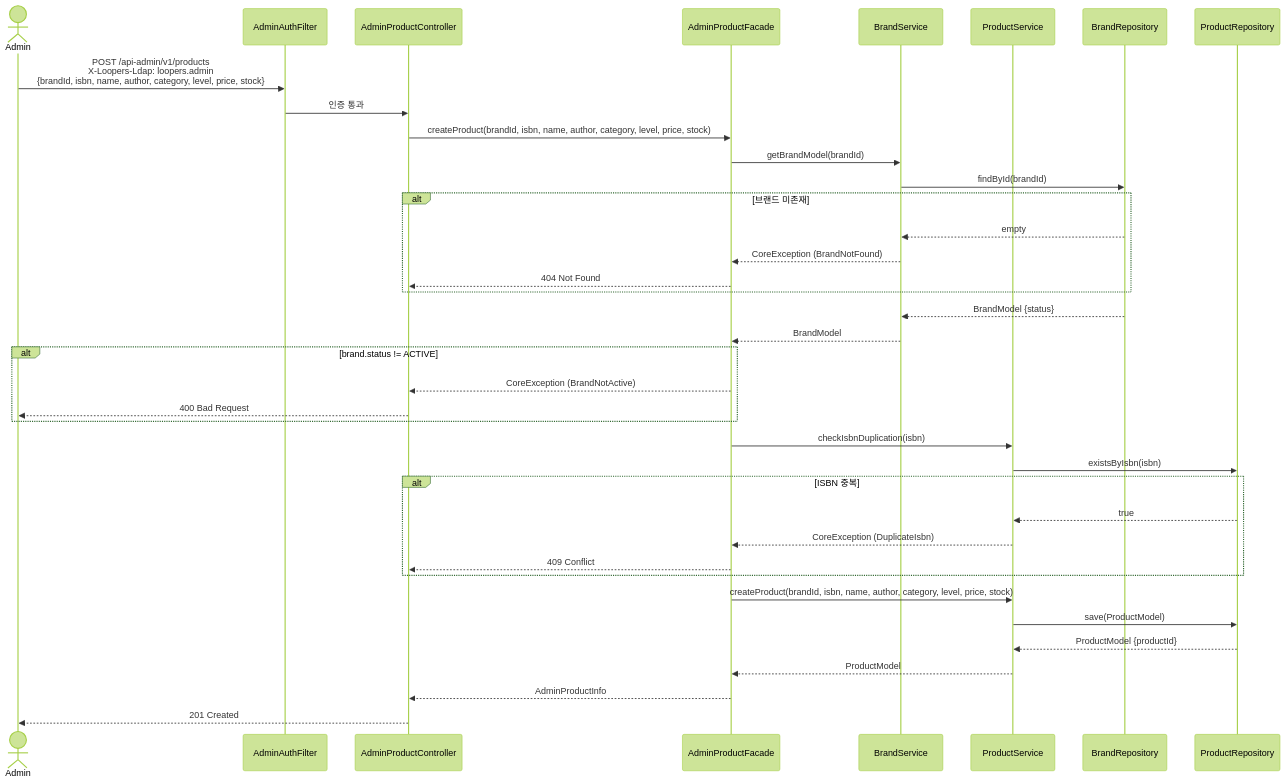
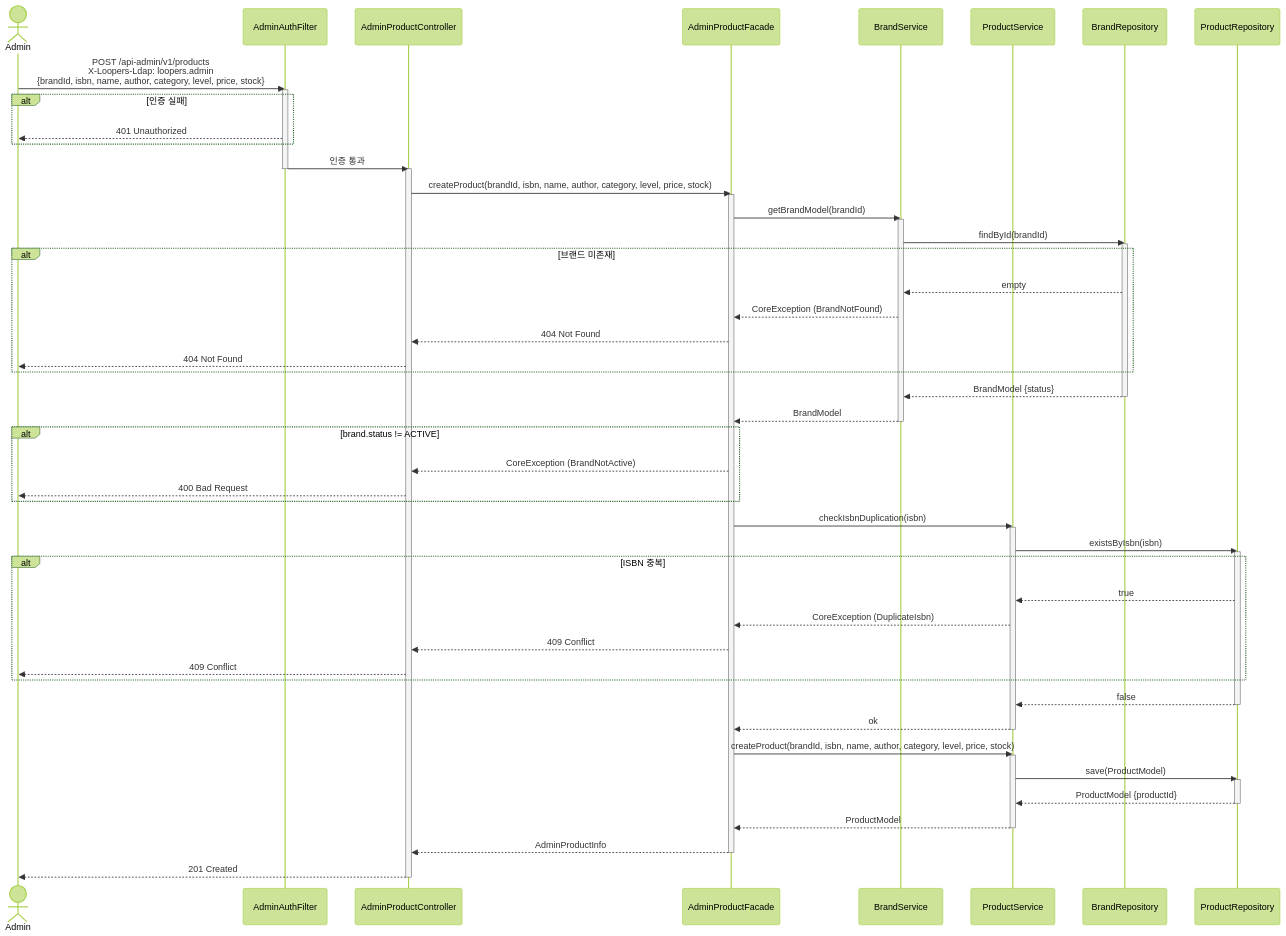
One commit to loopers-labs/loop-pack-be-l2-vol4-java changed diagram 14 of 25 in .docs/design/02-sequence-diagrams.md. Above: the diagram before and after it, drawn with Mermaid (forest theme). The commit also changed other lines of this file and 5 other files, not shown here.

````diff
--- a/.docs/design/02-sequence-diagrams.md
+++ b/.docs/design/02-sequence-diagrams.md
@@ -538,47 +718,72 @@
 ```mermaid
 sequenceDiagram
     actor Admin
     participant AF as AdminAuthFilter
     participant PC as AdminProductController
     participant PF as AdminProductFacade
     participant BS as BrandService
     participant PS as ProductService
     participant BR as BrandRepository
     participant PR as ProductRepository
 
     Admin->>AF: POST /api-admin/v1/products<br/>X-Loopers-Ldap: loopers.admin<br/>{brandId, isbn, name, author, category, level, price, stock}
+    activate AF
+    alt 인증 실패
+        AF-->>Admin: 401 Unauthorized
+    end
     AF->>PC: 인증 통과
+    deactivate AF
+    activate PC
 
     PC->>PF: createProduct(brandId, isbn, name, author, category, level, price, stock)
+    activate PF
 
     PF->>BS: getBrandModel(brandId)
+    activate BS
     BS->>BR: findById(brandId)
+    activate BR
     alt 브랜드 미존재
         BR-->>BS: empty
         BS-->>PF: CoreException (BrandNotFound)
         PF-->>PC: 404 Not Found
+        PC-->>Admin: 404 Not Found
     end
     BR-->>BS: BrandModel {status}
+    deactivate BR
     BS-->>PF: BrandModel
+    deactivate BS
 
     alt brand.status != ACTIVE
         PF-->>PC: CoreException (BrandNotActive)
         PC-->>Admin: 400 Bad Request
     end
 
     PF->>PS: checkIsbnDuplication(isbn)
+    activate PS
     PS->>PR: existsByIsbn(isbn)
+    activate PR
     alt ISBN 중복
         PR-->>PS: true
         PS-->>PF: CoreException (DuplicateIsbn)
         PF-->>PC: 409 Conflict
+        PC-->>Admin: 409 Conflict
     end
+    PR-->>PS: false
+    deactivate PR
+    PS-->>PF: ok
+    deactivate PS
 
     PF->>PS: createProduct(brandId, isbn, name, author, category, level, price, stock)
+    activate PS
     PS->>PR: save(ProductModel)
+    activate PR
     PR-->>PS: ProductModel {productId}
+    deactivate PR
     PS-->>PF: ProductModel
+    deactivate PS
 
     PF-->>PC: AdminProductInfo
+    deactivate PF
     PC-->>Admin: 201 Created
+    deactivate PC
 ```
````
